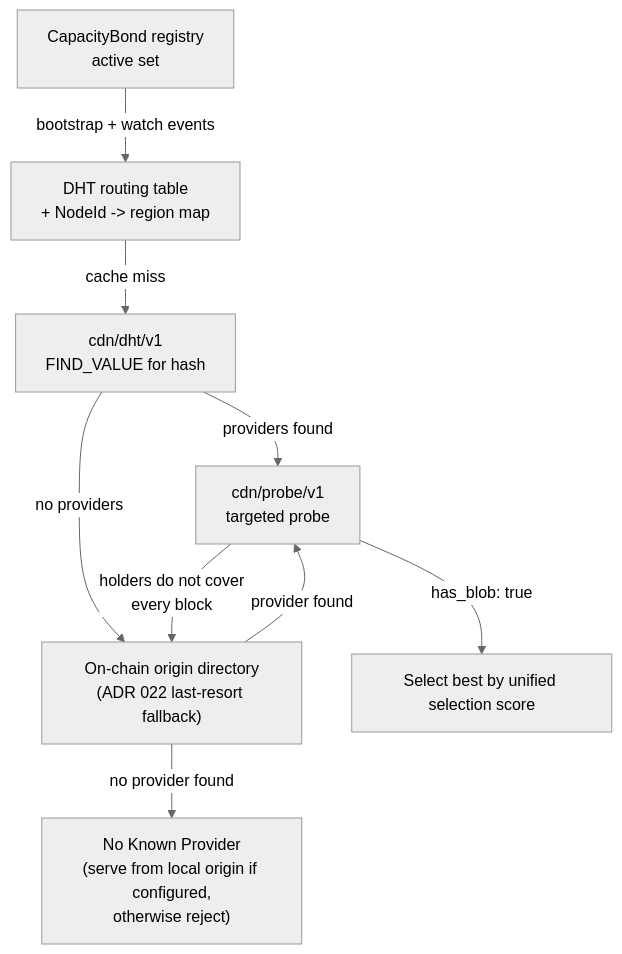
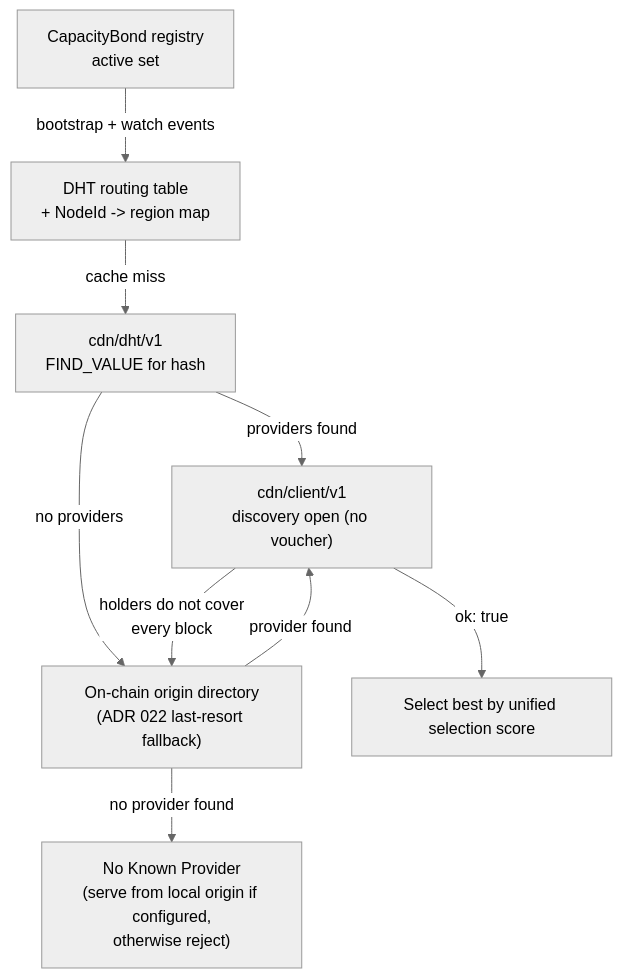
The diagram in adr/001-network.md (decdn/decdn), drawn with Mermaid (neutral theme) before and after one commit. The commit also changed other lines of this file and 37 other files, not shown here.

First line of the commit message:
docs(adr)!: discovery is a voucher-less stream open; blacklist is the only slash

````diff
--- a/adr/001-network.md
+++ b/adr/001-network.md
@@ -19,13 +19,13 @@
 ```mermaid
 graph TD
     REG["CapacityBond registry<br/>active set"]
     REG -->|bootstrap + watch events| RT["DHT routing table<br/>+ NodeId -> region map"]
 
     RT -->|cache miss| DHT["cdn/dht/v1<br/>FIND_VALUE for hash"]
-    DHT -->|providers found| PROBE["cdn/probe/v1<br/>targeted probe"]
+    DHT -->|providers found| OPEN["cdn/client/v1<br/>discovery open (no voucher)"]
     DHT -->|no providers| DIR["On-chain origin directory<br/>(ADR 022 last-resort fallback)"]
-    PROBE -->|has_blob: true| SELECT["Select best by unified selection score"]
-    PROBE -->|holders do not cover<br/>every block| DIR
-    DIR -->|provider found| PROBE
+    OPEN -->|ok: true| SELECT["Select best by unified selection score"]
+    OPEN -->|holders do not cover<br/>every block| DIR
+    DIR -->|provider found| OPEN
     DIR -->|no provider found| MISS["No Known Provider<br/>(serve from local origin if configured,<br/>otherwise reject)"]
 ```
````
